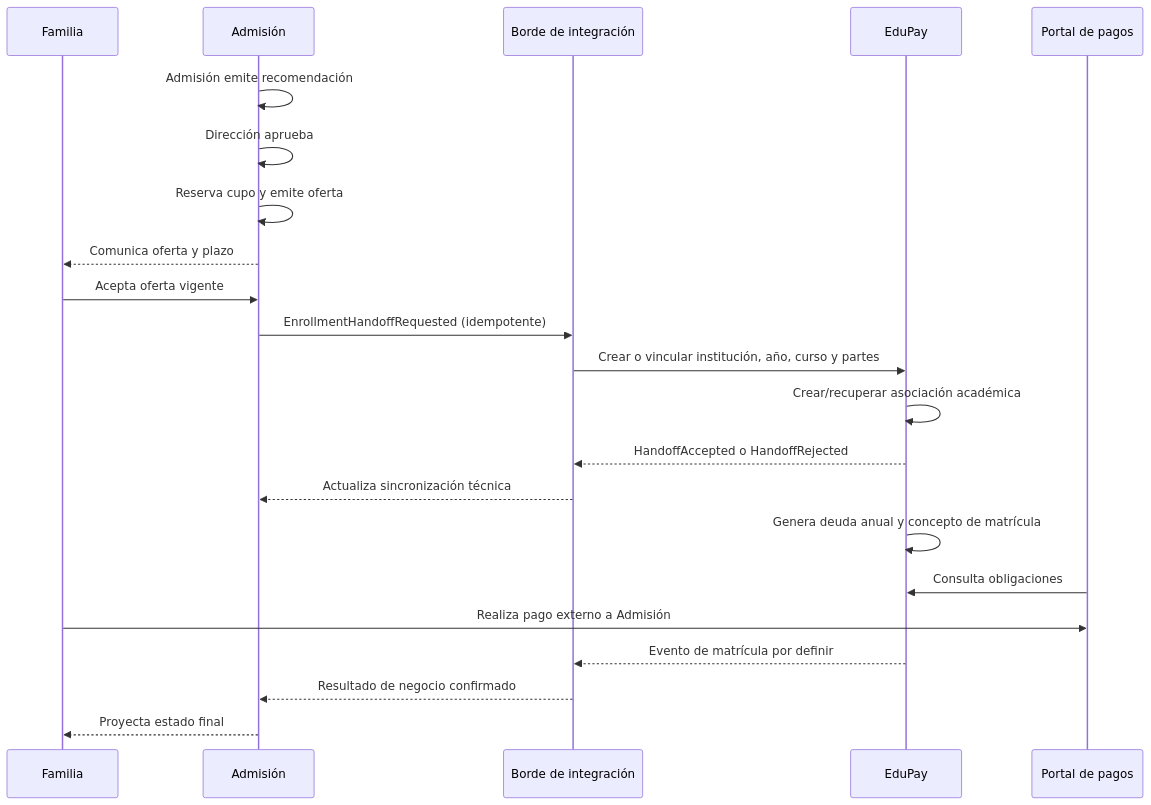
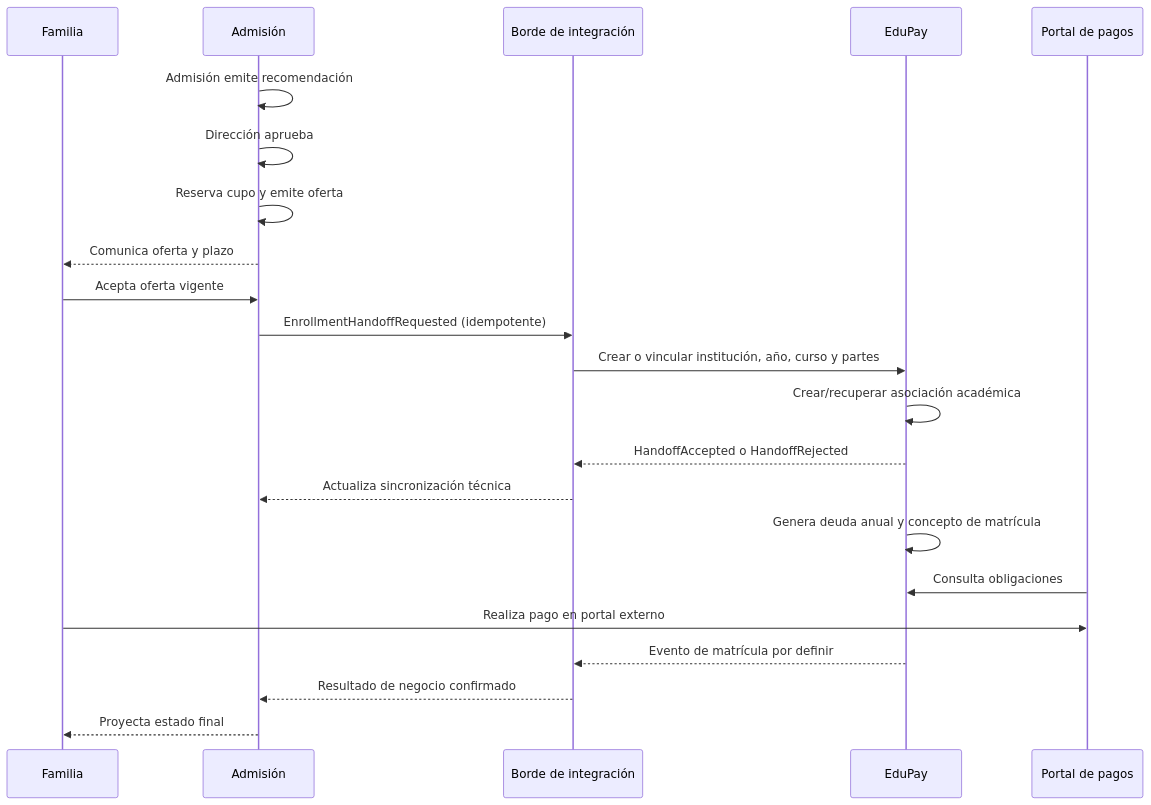
The diagram in docs/07-edupay-integration-boundary.md (Sherydans12/Admision-Edupay), drawn with Mermaid before and after one commit. The commit also changed other lines of this file and 5 other files, not shown here.

````diff
--- a/docs/07-edupay-integration-boundary.md
+++ b/docs/07-edupay-integration-boundary.md
@@ -71,25 +71,25 @@
 ```mermaid
 sequenceDiagram
     participant Family as Familia
     participant Admission as Admisión
     participant Bridge as Borde de integración
     participant EduPay as EduPay
     participant Payments as Portal de pagos
 
     Admission->>Admission: Admisión emite recomendación
     Admission->>Admission: Dirección aprueba
     Admission->>Admission: Reserva cupo y emite oferta
     Admission-->>Family: Comunica oferta y plazo
     Family->>Admission: Acepta oferta vigente
     Admission->>Bridge: EnrollmentHandoffRequested (idempotente)
     Bridge->>EduPay: Crear o vincular institución, año, curso y partes
     EduPay->>EduPay: Crear/recuperar asociación académica
     EduPay-->>Bridge: HandoffAccepted o HandoffRejected
     Bridge-->>Admission: Actualiza sincronización técnica
     EduPay->>EduPay: Genera deuda anual y concepto de matrícula
     Payments->>EduPay: Consulta obligaciones
-    Family->>Payments: Realiza pago externo a Admisión
+    Family->>Payments: Realiza pago en portal externo
     EduPay-->>Bridge: Evento de matrícula por definir
     Bridge-->>Admission: Resultado de negocio confirmado
     Admission-->>Family: Proyecta estado final
 ```
````
